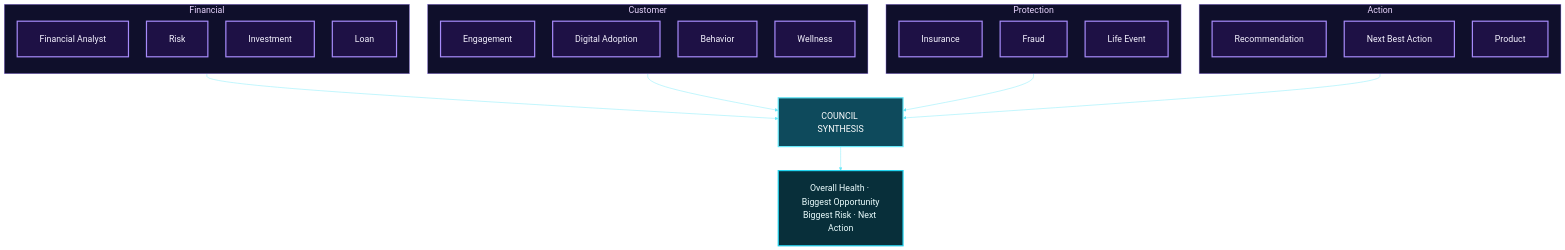
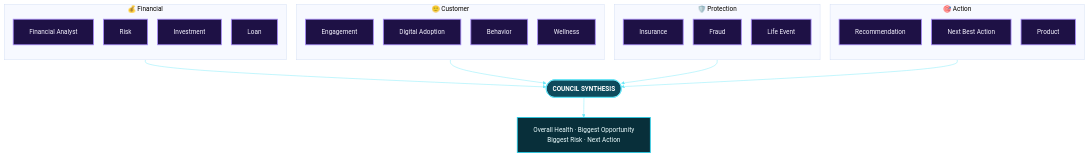
One commit to Mansi232323/MANSHORA changed the eighth of 13 diagrams in README.md. Above: the diagram before and after it, drawn with Mermaid. The commit also changed other lines of this file, not shown here.

````diff
--- a/README.md
+++ b/README.md
@@ -279,42 +266,42 @@
 ```mermaid
-%%{init: {'theme':'base','themeVariables':{'fontSize':'22px','fontFamily':'Arial, Helvetica, sans-serif','lineColor':'#67e8f9','clusterBkg':'#0f0f2b','clusterBorder':'#a78bfa','titleColor':'#e9d5ff','edgeLabelBackground':'#0f0f2b'},'flowchart':{'nodeSpacing':45,'rankSpacing':60,'padding':28,'htmlLabels':false,'useMaxWidth':true}}}%%
+%%{init: {'theme':'base','themeVariables':{'fontSize':'16px','fontFamily':'Arial, Helvetica, sans-serif','lineColor':'#67e8f9'},'flowchart':{'htmlLabels':true,'nodeSpacing':25,'rankSpacing':50,'padding':20,'wrappingWidth':260}}}%%
 flowchart TB
-    subgraph G1["Financial"]
+    subgraph G1["💰 Financial"]
         direction TB
         a1["Financial Analyst"]
         a2["Risk"]
         a3["Investment"]
         a4["Loan"]
     end
-    subgraph G2["Customer"]
+    subgraph G2["🙂 Customer"]
         direction TB
         a5["Engagement"]
         a6["Digital Adoption"]
         a7["Behavior"]
         a8["Wellness"]
     end
-    subgraph G3["Protection"]
+    subgraph G3["🛡️ Protection"]
         direction TB
         a9["Insurance"]
         a10["Fraud"]
         a11["Life Event"]
     end
-    subgraph G4["Action"]
+    subgraph G4["🎯 Action"]
         direction TB
         a12["Recommendation"]
         a13["Next Best Action"]
         a14["Product"]
     end
     G1 --> S
     G2 --> S
     G3 --> S
     G4 --> S
-    S["COUNCIL SYNTHESIS"]
+    S(["<b>COUNCIL SYNTHESIS</b>"])
     S --> R["Overall Health · Biggest Opportunity<br/>Biggest Risk · Next Action"]
-    classDef agent fill:#1e1145,stroke:#a78bfa,stroke-width:3px,color:#f5f3ff
-    classDef core fill:#0e4a5c,stroke:#67e8f9,stroke-width:3px,color:#ffffff
-    classDef out fill:#082f3a,stroke:#22d3ee,stroke-width:3px,color:#ecfeff
+    classDef agent fill:#1e1145,stroke:#a78bfa,stroke-width:2px,color:#f5f3ff
+    classDef core fill:#0e4a5c,stroke:#67e8f9,stroke-width:2px,color:#ffffff
+    classDef out fill:#082f3a,stroke:#22d3ee,stroke-width:2px,color:#ecfeff
     class a1,a2,a3,a4,a5,a6,a7,a8,a9,a10,a11,a12,a13,a14 agent
     class S core
     class R out
 ```
````
